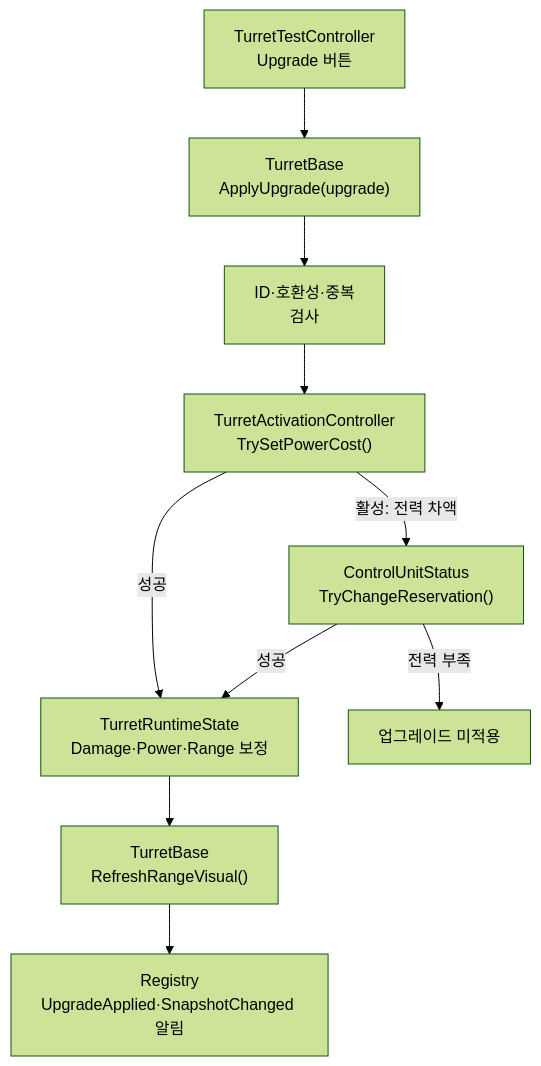
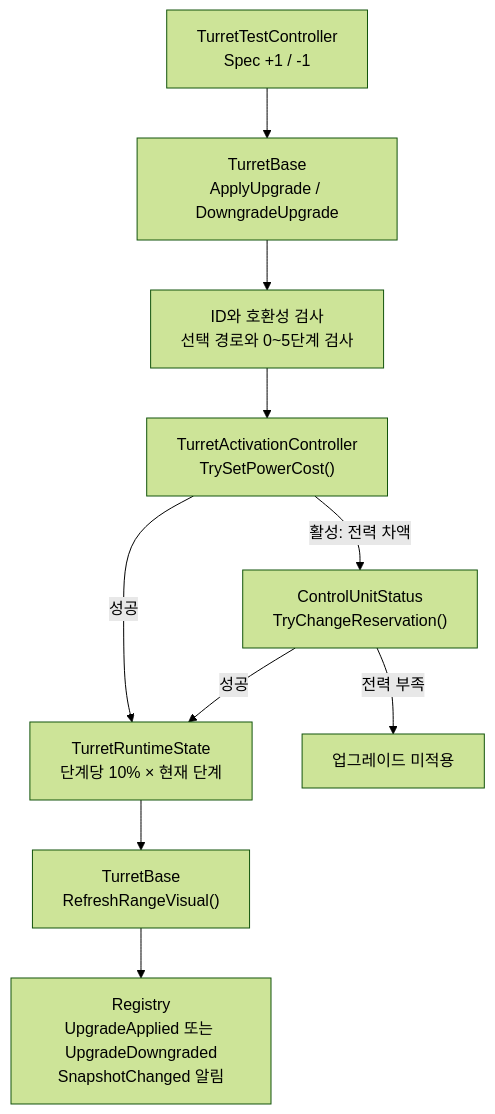
One commit to Team-HJD-21/unity-6-the-developer changed the ninth of 13 diagrams in Docs/architecture/turret-system-guide.md. Above: the diagram before and after it, drawn with Mermaid (forest theme). The commit also changed other lines of this file, not shown here.

First line of the commit message:
docs(turret): explain reversible percentage-based skill trees

````diff
--- a/Docs/architecture/turret-system-guide.md
+++ b/Docs/architecture/turret-system-guide.md
@@ -370,12 +374,12 @@
 ```mermaid
 flowchart TD
-    UI["TurretTestController<br>Upgrade 버튼"] --> Base["TurretBase<br>ApplyUpgrade(upgrade)"]
-    Base --> Check["ID·호환성·중복<br>검사"]
+    UI["TurretTestController<br>Spec +1 / -1"] --> Base["TurretBase<br>ApplyUpgrade / DowngradeUpgrade"]
+    Base --> Check["ID와 호환성 검사<br>선택 경로와 0~5단계 검사"]
     Check --> Power["TurretActivationController<br>TrySetPowerCost()"]
     Power -->|활성: 전력 차액| CU["ControlUnitStatus<br>TryChangeReservation()"]
-    Power -->|성공| State["TurretRuntimeState<br>Damage·Power·Range 보정"]
+    Power -->|성공| State["TurretRuntimeState<br>단계당 10% × 현재 단계"]
     CU -->|성공| State
     CU -->|전력 부족| Reject["업그레이드 미적용"]
     State --> Visual["TurretBase<br>RefreshRangeVisual()"]
-    Visual --> Event["Registry<br>UpgradeApplied·SnapshotChanged 알림"]
+    Visual --> Event["Registry<br>UpgradeApplied 또는 UpgradeDowngraded<br>SnapshotChanged 알림"]
 ```
````
